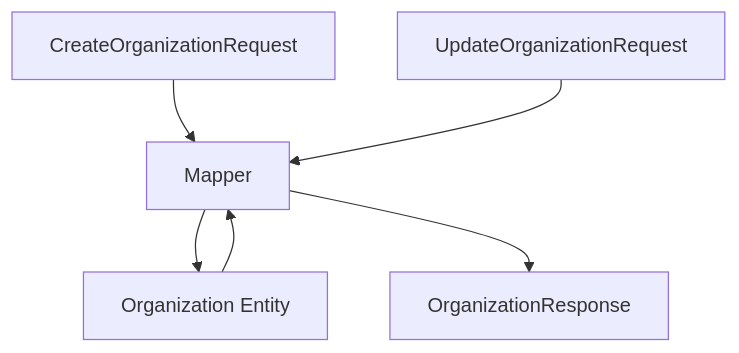
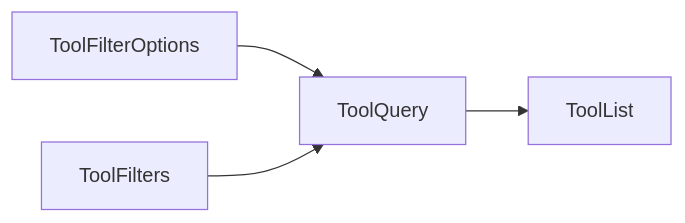
The seventh of 10 diagrams in docs/reference/architecture/api-lib-contracts/api-lib-contracts.md (flamingo-stack/openframe-oss-lib), drawn with Mermaid before and after one commit. The commit also changed other lines of this file and 172 other files, not shown here.

````diff
--- a/docs/reference/architecture/api-lib-contracts/api-lib-contracts.md
+++ b/docs/reference/architecture/api-lib-contracts/api-lib-contracts.md
@@ -253,8 +281,6 @@
 ```mermaid
-flowchart TD
-    CreateRequest["CreateOrganizationRequest"] --> Mapper
-    UpdateRequest["UpdateOrganizationRequest"] --> Mapper
-    Mapper --> OrganizationEntity["Organization Entity"]
-    OrganizationEntity --> Mapper
-    Mapper --> OrganizationResponse
+flowchart LR
+    ToolFilterOptionsModel["ToolFilterOptions"] --> ToolQuery
+    ToolQuery --> ToolListModel["ToolList"]
+    ToolFiltersModel["ToolFilters"] --> ToolQuery
 ```
````
